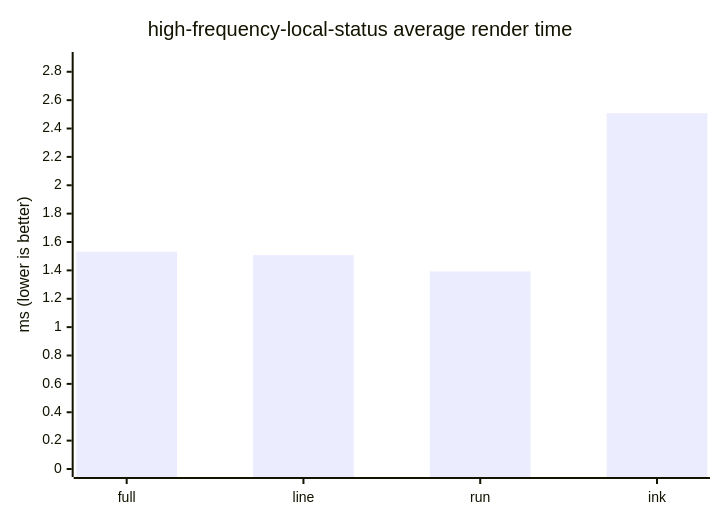
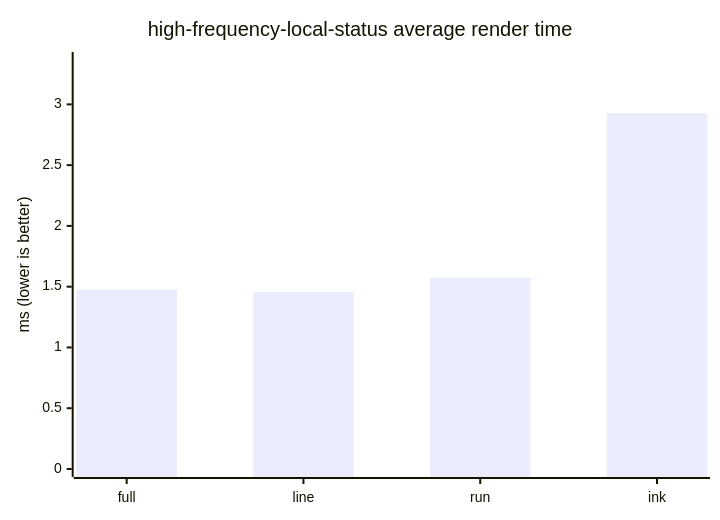
Before and after one commit to ByteLandTechnology/tinky: the third of 10 diagrams in docs/benchmark.md, drawn with Mermaid. The commit also changed other lines of this file and 3 other files, not shown here.

````diff
--- a/docs/benchmark.md
+++ b/docs/benchmark.md
@@ -79,7 +79,7 @@
 ```mermaid
 xychart-beta
     title "high-frequency-local-status average render time"
     x-axis ["full", "line", "run", "ink"]
-    y-axis "ms (lower is better)" 0 --> 2.883
-    bar [1.532, 1.508, 1.393, 2.507]
+    y-axis "ms (lower is better)" 0 --> 3.365
+    bar [1.476, 1.457, 1.574, 2.926]
 ```
````
